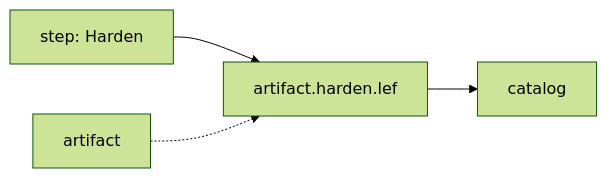
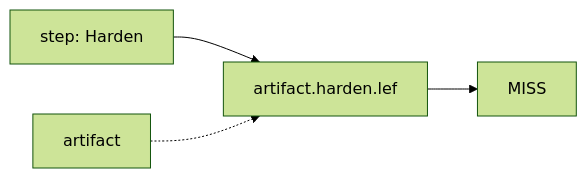
Diagram 20 of 53 in .github/signoff-board/signoff-kanban.md (openecos-projects/ecc), drawn with Mermaid (forest theme) before and after one commit. The commit also changed other lines of this file and 2 other files, not shown here.

First line of the commit message:
feat(signoff): add performance / iSTA catalog slots (43 metrics)

````diff
--- a/.github/signoff-board/signoff-kanban.md
+++ b/.github/signoff-board/signoff-kanban.md
@@ -477,6 +509,6 @@
 ```mermaid
 flowchart LR
   step_artifact_harden_lef["step: Harden"] --> metric_artifact_harden_lef["artifact.harden.lef"]
-  metric_artifact_harden_lef --> state_artifact_harden_lef["catalog"]
+  metric_artifact_harden_lef --> state_artifact_harden_lef["MISS"]
   cat_artifact_harden_lef["artifact"] -.-> metric_artifact_harden_lef
 ```
````
